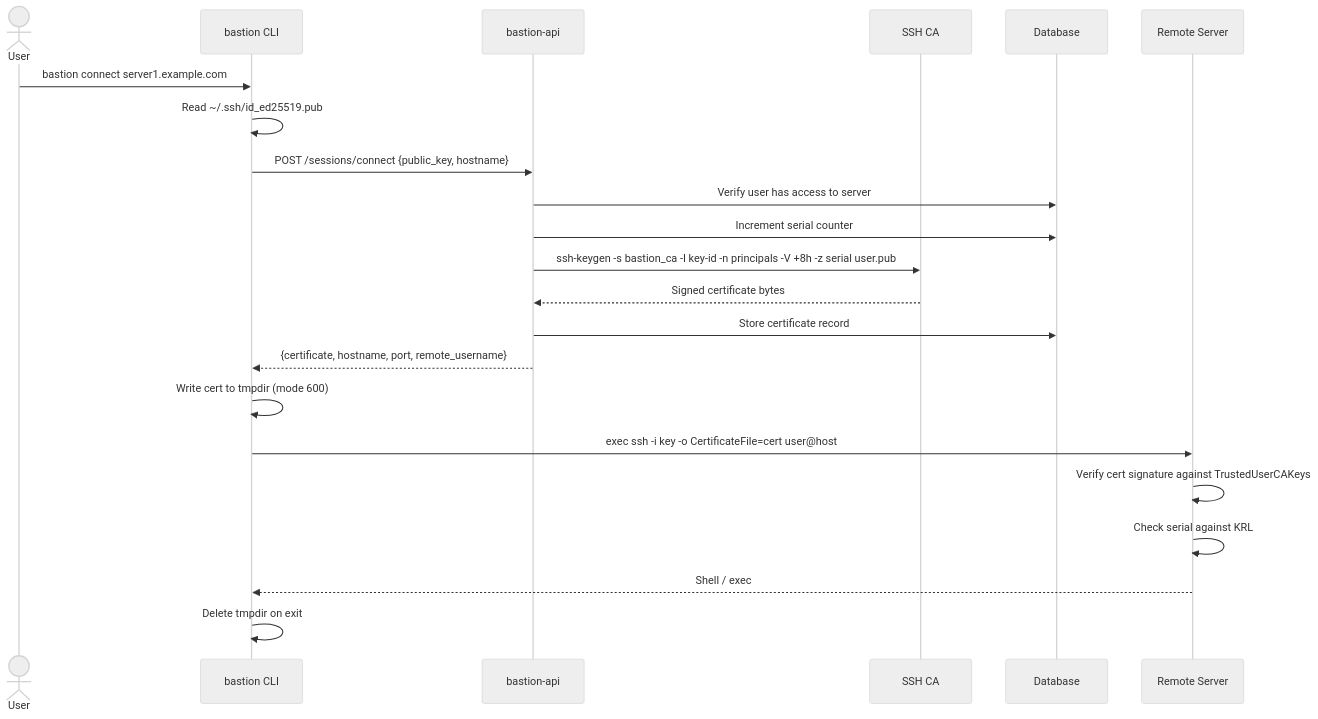
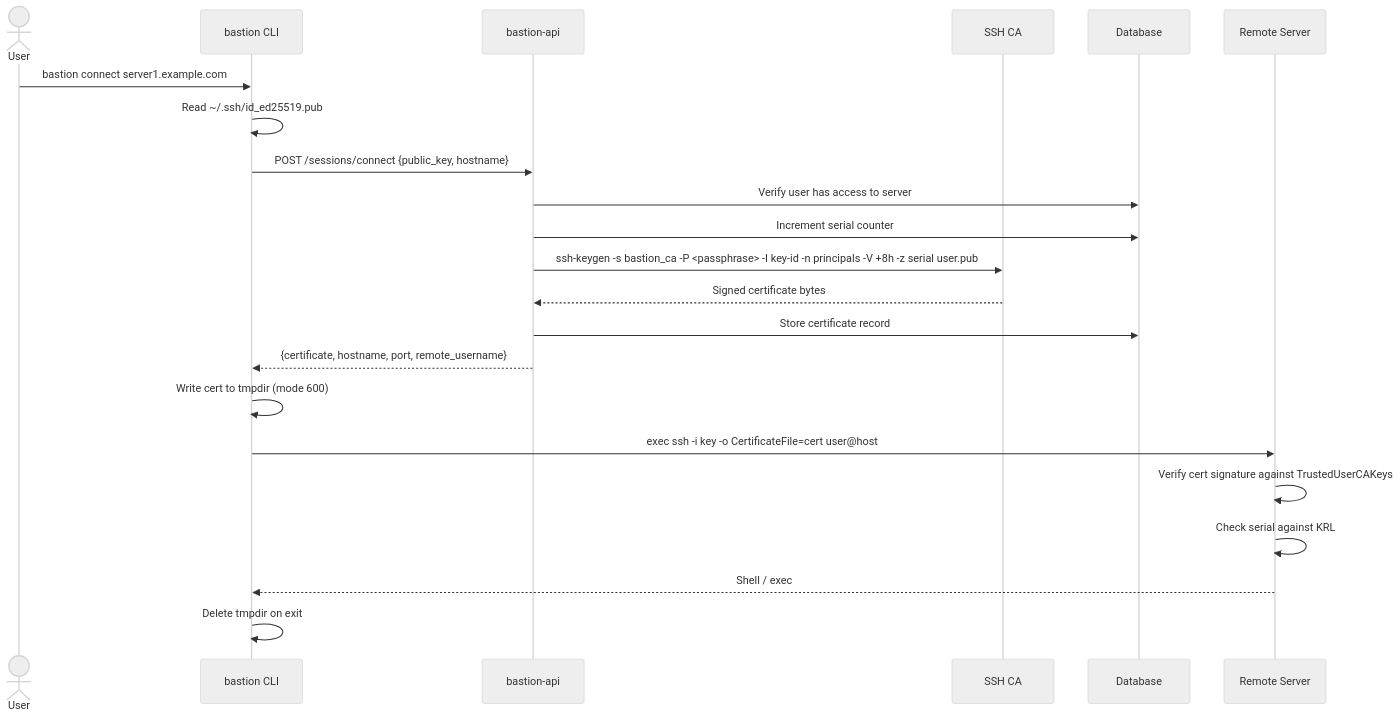
Before and after one commit to disappointingsupernova/bastion: the first of 2 diagrams in docs/certificates.md, drawn with Mermaid (neutral theme). The commit also changed other lines of this file and 9 other files, not shown here.

````diff
--- a/docs/certificates.md
+++ b/docs/certificates.md
@@ -9,25 +9,25 @@
 ```mermaid
 sequenceDiagram
     actor User
     participant CLI as bastion CLI
     participant API as bastion-api
     participant CA as SSH CA
     participant DB as Database
     participant Remote as Remote Server
 
     User->>CLI: bastion connect server1.example.com
     CLI->>CLI: Read ~/.ssh/id_ed25519.pub
     CLI->>API: POST /sessions/connect {public_key, hostname}
     API->>DB: Verify user has access to server
     API->>DB: Increment serial counter
-    API->>CA: ssh-keygen -s bastion_ca -I key-id -n principals -V +8h -z serial user.pub
+    API->>CA: ssh-keygen -s bastion_ca -P <passphrase> -I key-id -n principals -V +8h -z serial user.pub
     CA-->>API: Signed certificate bytes
     API->>DB: Store certificate record
     API-->>CLI: {certificate, hostname, port, remote_username}
     CLI->>CLI: Write cert to tmpdir (mode 600)
     CLI->>Remote: exec ssh -i key -o CertificateFile=cert user@host
     Remote->>Remote: Verify cert signature against TrustedUserCAKeys
     Remote->>Remote: Check serial against KRL
     Remote-->>CLI: Shell / exec
     CLI->>CLI: Delete tmpdir on exit
 ```
````
